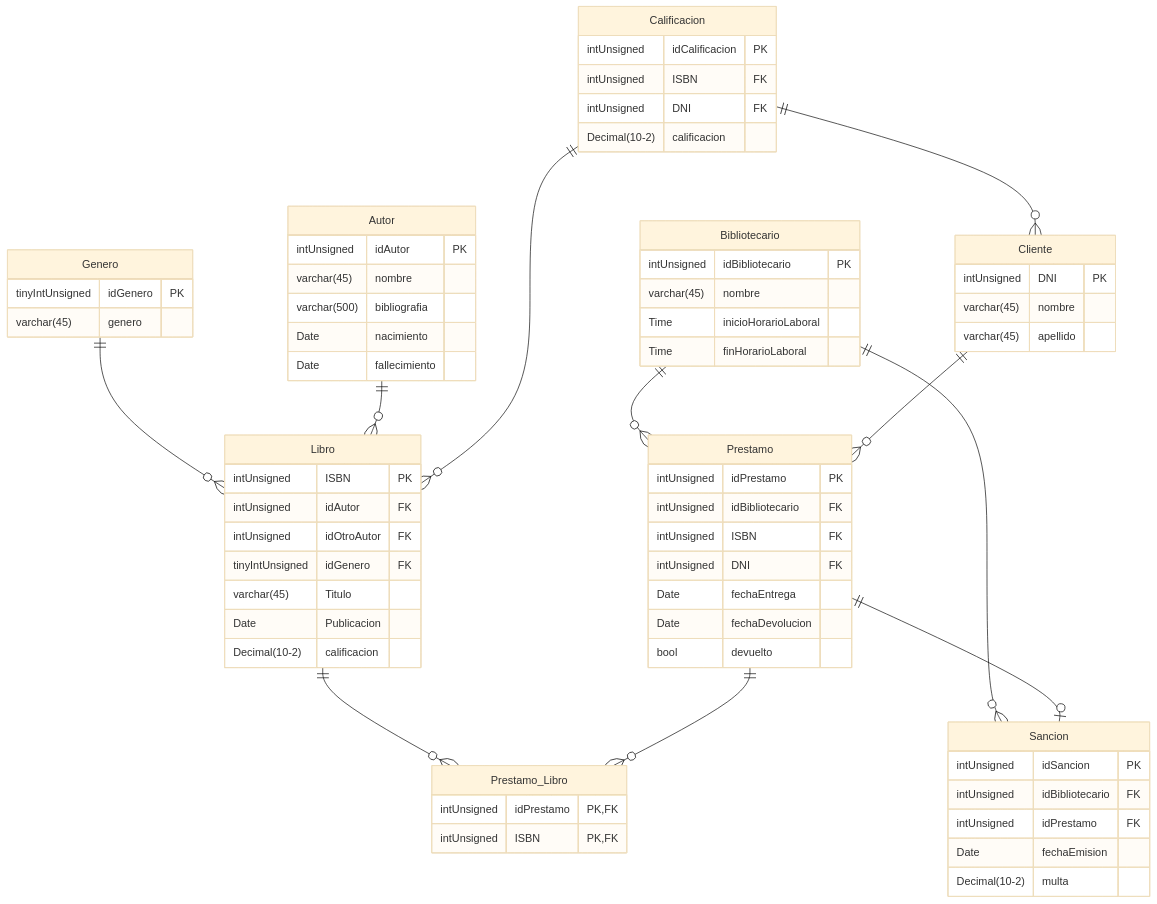
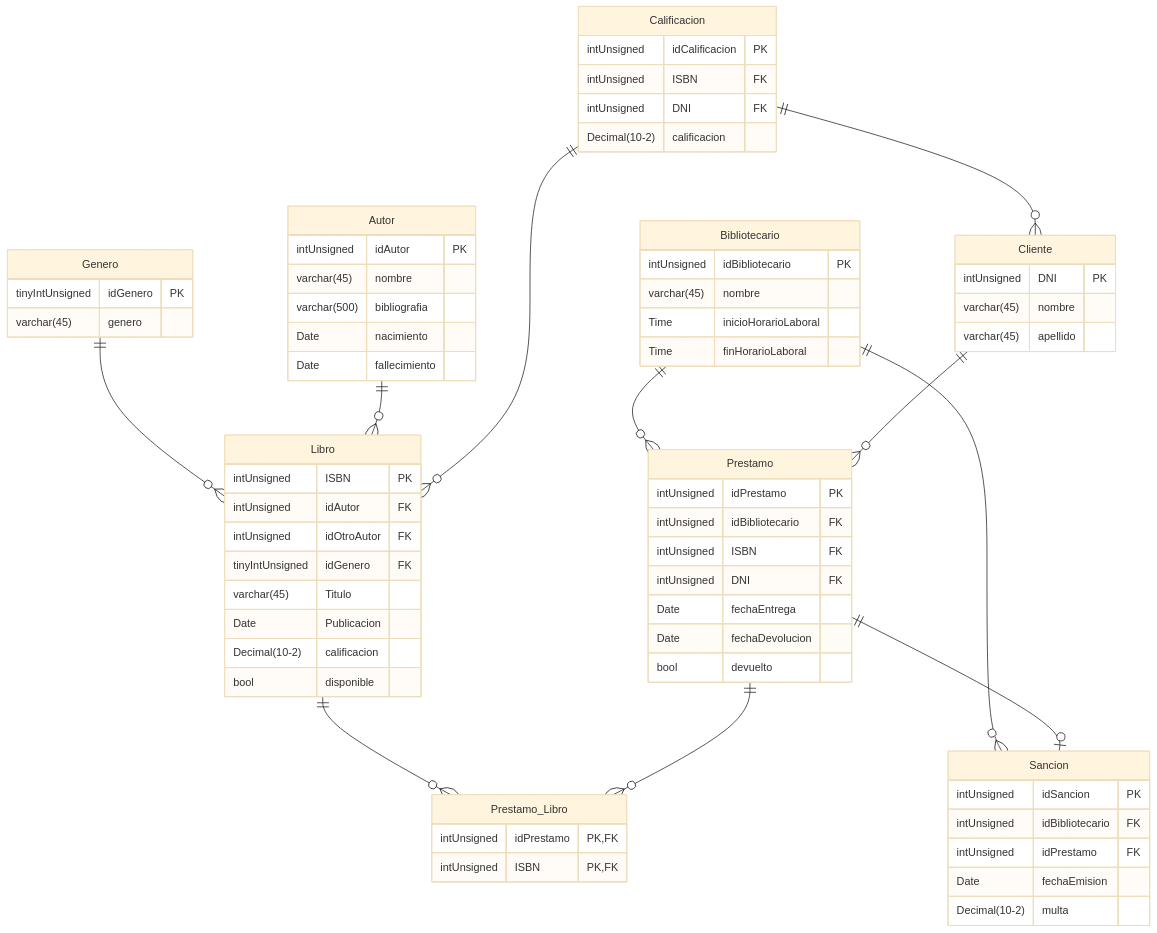
Before and after one commit to PasandiLuka/BD-Biblioteca: the diagram in README.md, drawn with Mermaid (base theme). The commit also changed 2 other files, not shown here.

Commit message:
Modificaciones Raras

````diff
--- a/README.md
+++ b/README.md
@@ -14,79 +14,80 @@
 ```mermaid
 erDiagram
 Genero{
     tinyIntUnsigned idGenero PK
     varchar(45) genero
 }
 
 Bibliotecario{
     intUnsigned idBibliotecario PK
     varchar(45) nombre
     Time inicioHorarioLaboral
     Time finHorarioLaboral
 }
 
 Autor{
     intUnsigned idAutor PK
     varchar(45) nombre
     varchar(500) bibliografia
     Date nacimiento
     Date fallecimiento
 }
 
 Cliente{
     intUnsigned DNI PK
     varchar(45) nombre
     varchar(45) apellido
 }
 
 Libro{
     intUnsigned ISBN PK
     intUnsigned idAutor FK
     intUnsigned idOtroAutor FK
     tinyIntUnsigned idGenero FK
     varchar(45) Titulo
     Date Publicacion
     Decimal(10-2) calificacion
+    bool disponible
 }
 
 Sancion{
     intUnsigned idSancion PK
     intUnsigned idBibliotecario FK
     intUnsigned idPrestamo FK
     Date fechaEmision
     Decimal(10-2) multa
 }
 
 Prestamo{
     intUnsigned idPrestamo PK
     intUnsigned idBibliotecario FK
     intUnsigned ISBN FK
     intUnsigned DNI FK
     Date fechaEntrega
     Date fechaDevolucion
     bool devuelto
 }
 
 Calificacion{
     intUnsigned idCalificacion PK
     intUnsigned ISBN FK
     intUnsigned DNI FK
     Decimal(10-2) calificacion
 }
 
 Prestamo_Libro{
     intUnsigned idPrestamo PK, FK
     intUnsigned ISBN PK, FK
 }
 
 Genero||--o{Libro:""
 Bibliotecario||--o{Sancion:""
 Bibliotecario||--o{Prestamo:""
 Cliente||--o{Prestamo:""
 Prestamo||--o|Sancion:""
 Libro||--o{Prestamo_Libro:""
 Prestamo||--o{Prestamo_Libro:""
 Autor||--o{Libro:""
 Calificacion ||--o{ Libro:""
 Calificacion ||--o{ Cliente:""
 ```
````
